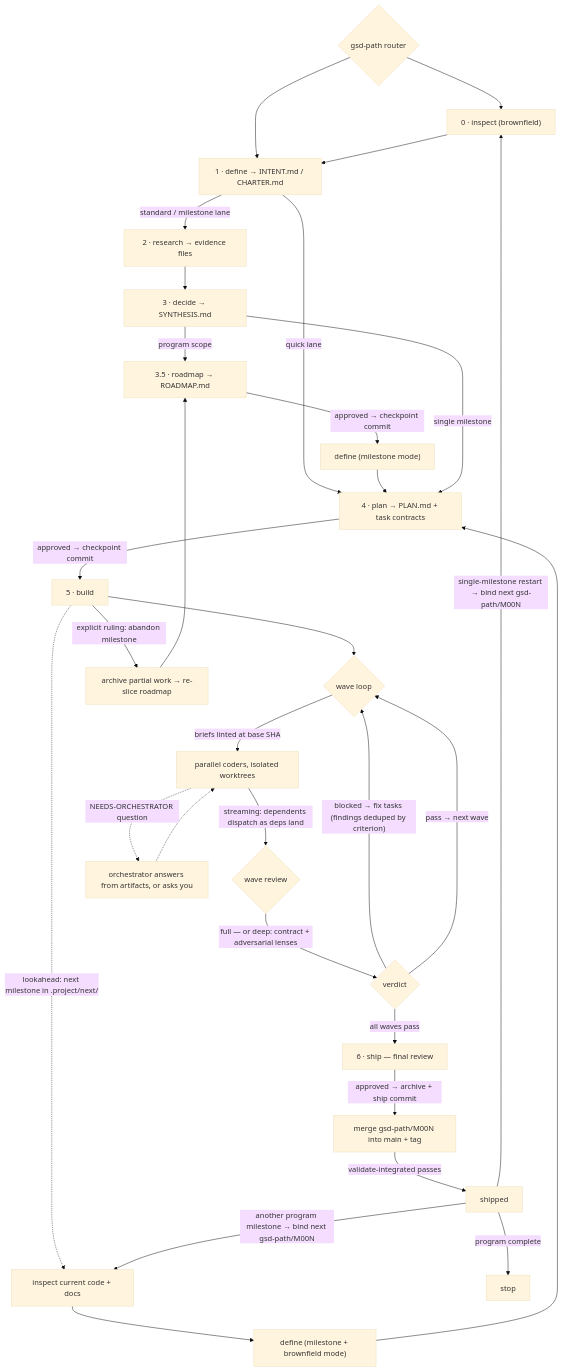
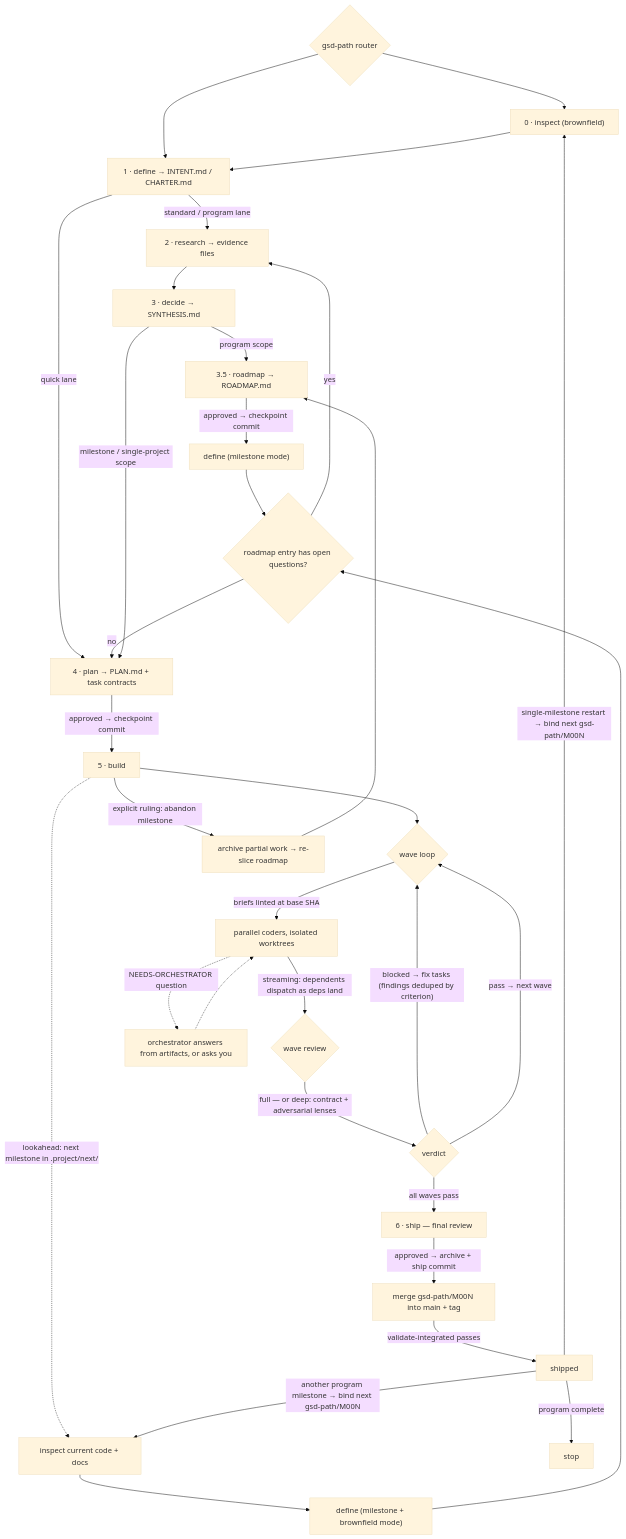
One commit to open-gsd/gsd-path changed the diagram in README.md. Above: the diagram before and after it, drawn with Mermaid (base theme). The commit also changed other lines of this file and 8 other files, not shown here.

````diff
--- a/README.md
+++ b/README.md
@@ -68,33 +68,35 @@
 ```mermaid
 flowchart TD
     R{"gsd-path router"} --> I["0 · inspect (brownfield)"]
     R --> D["1 · define → INTENT.md / CHARTER.md"]
     I --> D
-    D -->|"standard / milestone lane"| RE["2 · research → evidence files"]
+    D -->|"standard / program lane"| RE["2 · research → evidence files"]
     D -->|"quick lane"| P
     RE --> DE["3 · decide → SYNTHESIS.md"]
     DE -->|"program scope"| RM["3.5 · roadmap → ROADMAP.md"]
     RM -->|"approved → checkpoint commit"| DM["define (milestone mode)"]
-    DM --> P["4 · plan → PLAN.md + task contracts"]
-    DE -->|"single milestone"| P
+    DM --> MQ{"roadmap entry has open questions?"}
+    MQ -->|"yes"| RE
+    MQ -->|"no"| P["4 · plan → PLAN.md + task contracts"]
+    DE -->|"milestone / single-project scope"| P
     P -->|"approved → checkpoint commit"| B["5 · build"]
     B --> W{"wave loop"}
     W -->|"briefs linted at base SHA"| C["parallel coders, isolated worktrees"]
     C -->|"streaming: dependents dispatch as deps land"| V{"wave review"}
     V -->|"full — or deep: contract + adversarial lenses"| F{"verdict"}
     F -->|"blocked → fix tasks (findings deduped by criterion)"| W
     F -->|"pass → next wave"| W
     F -->|"all waves pass"| S["6 · ship — final review"]
     C -.->|"NEEDS-ORCHESTRATOR question"| O["orchestrator answers from artifacts, or asks you"]
     O -.-> C
     B -.->|"lookahead: next milestone in .project/next/"| MI["inspect current code + docs"]
     MI --> MB["define (milestone + brownfield mode)"]
-    MB --> P
+    MB --> MQ
     B -->|"explicit ruling: abandon milestone"| AB["archive partial work → re-slice roadmap"]
     AB --> RM
     S -->|"approved → archive + ship commit"| MG["merge gsd-path/M00N into main + tag"]
     MG -->|"validate-integrated passes"| A["shipped"]
     A -->|"another program milestone → bind next gsd-path/M00N"| MI
     A -->|"single-milestone restart → bind next gsd-path/M00N"| I
     A -->|"program complete"| PC["stop"]
 ```
````
